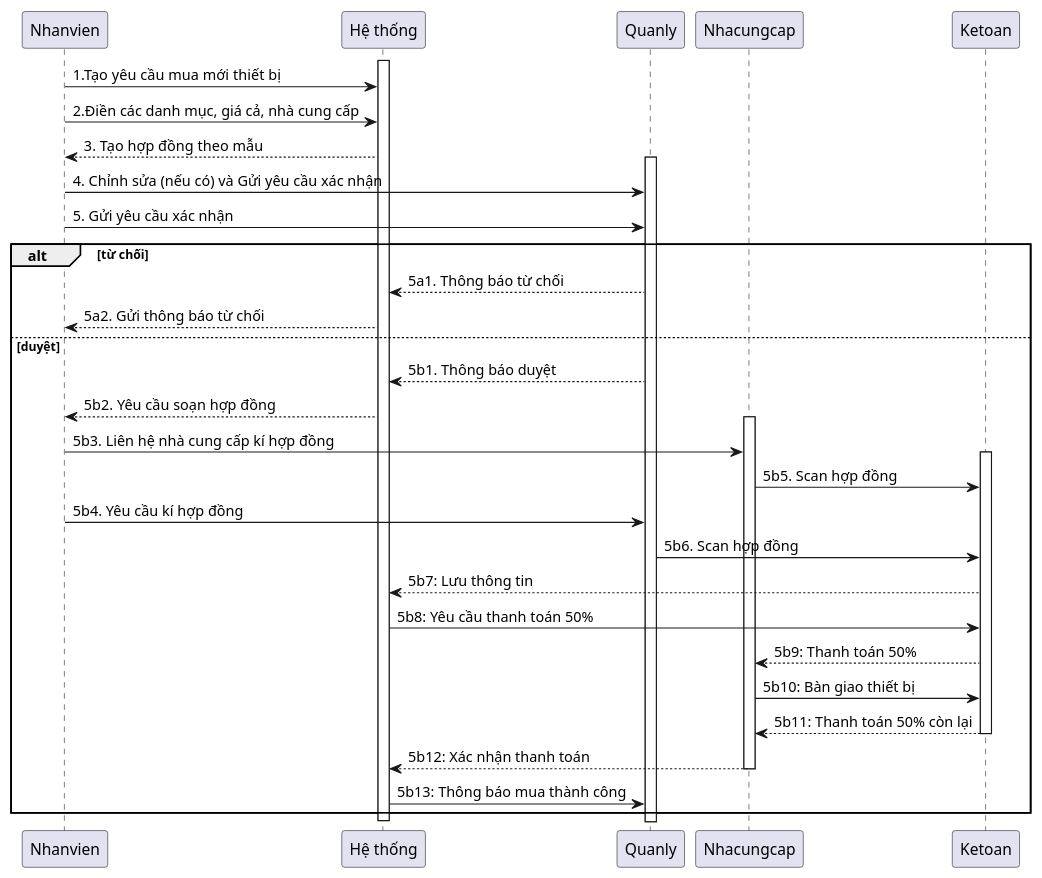
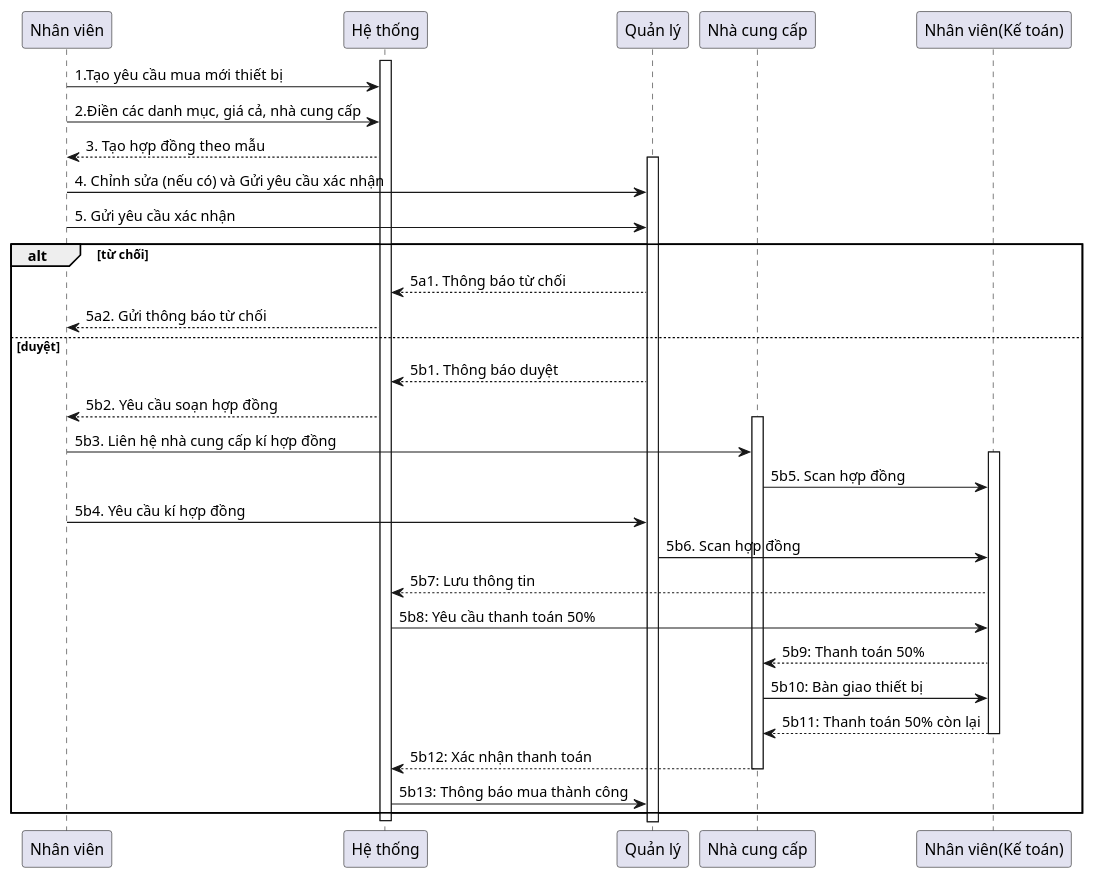
Before and after one commit to QuickyBooster/SE357-Pratice-class: the diagram in Lab1/Lab1.2/Sequence Diagram/Mua tài sản.plantuml, drawn with PlantUML. The commit also changed 7 other files, not shown here.

```diff
--- a/Lab1/Lab1.2/Sequence Diagram/Mua tài sản.plantuml
+++ b/Lab1/Lab1.2/Sequence Diagram/Mua tài sản.plantuml
@@ -1,44 +1,44 @@
 @startuml
 
-participant Nhanvien
+participant "Nhân viên"
 
 
 participant "Hệ thống" as System
-participant Quanly
+participant "Quản lý"
 
-participant Nhacungcap
-participant Ketoan
+participant "Nhà cung cấp"
+participant "Nhân viên(Kế toán)"
 
 
 activate System
-Nhanvien -> System: 1.Tạo yêu cầu mua mới thiết bị
-Nhanvien -> System: 2.Điền các danh mục, giá cả, nhà cung cấp
-System --> Nhanvien: 3. Tạo hợp đồng theo mẫu
-activate Quanly
-Nhanvien -> Quanly: 4. Chỉnh sửa (nếu có) và Gửi yêu cầu xác nhận
-Nhanvien -> Quanly: 5. Gửi yêu cầu xác nhận
+"Nhân viên" -> System: 1.Tạo yêu cầu mua mới thiết bị
+"Nhân viên" -> System: 2.Điền các danh mục, giá cả, nhà cung cấp
+System --> "Nhân viên": 3. Tạo hợp đồng theo mẫu
+activate "Quản lý"
+"Nhân viên" -> "Quản lý": 4. Chỉnh sửa (nếu có) và Gửi yêu cầu xác nhận
+"Nhân viên" -> "Quản lý": 5. Gửi yêu cầu xác nhận
 alt từ chối
-Quanly --> System: 5a1. Thông báo từ chối
-System --> Nhanvien: 5a2. Gửi thông báo từ chối
+"Quản lý" --> System: 5a1. Thông báo từ chối
+System --> "Nhân viên": 5a2. Gửi thông báo từ chối
 else duyệt
-Quanly --> System: 5b1. Thông báo duyệt
-System --> Nhanvien: 5b2. Yêu cầu soạn hợp đồng
-activate Nhacungcap
-Nhanvien -> Nhacungcap: 5b3. Liên hệ nhà cung cấp kí hợp đồng
-activate Ketoan
-Nhacungcap -> Ketoan: 5b5. Scan hợp đồng
-Nhanvien -> Quanly: 5b4. Yêu cầu kí hợp đồng
-Quanly -> Ketoan: 5b6. Scan hợp đồng
-Ketoan --> System: 5b7: Lưu thông tin
-System -> Ketoan: 5b8: Yêu cầu thanh toán 50%
-Ketoan --> Nhacungcap: 5b9: Thanh toán 50%
-Nhacungcap -> Ketoan: 5b10: Bàn giao thiết bị
-Ketoan --> Nhacungcap: 5b11: Thanh toán 50% còn lại
-deactivate Ketoan
-Nhacungcap --> System: 5b12: Xác nhận thanh toán
-deactivate Nhacungcap
-System -> Quanly: 5b13: Thông báo mua thành công
+"Quản lý" --> System: 5b1. Thông báo duyệt
+System --> "Nhân viên": 5b2. Yêu cầu soạn hợp đồng
+activate "Nhà cung cấp"
+"Nhân viên" -> "Nhà cung cấp": 5b3. Liên hệ nhà cung cấp kí hợp đồng
+activate "Nhân viên(Kế toán)"
+"Nhà cung cấp" -> "Nhân viên(Kế toán)": 5b5. Scan hợp đồng
+"Nhân viên" -> "Quản lý": 5b4. Yêu cầu kí hợp đồng
+"Quản lý" -> "Nhân viên(Kế toán)": 5b6. Scan hợp đồng
+"Nhân viên(Kế toán)" --> System: 5b7: Lưu thông tin
+System -> "Nhân viên(Kế toán)": 5b8: Yêu cầu thanh toán 50%
+"Nhân viên(Kế toán)" --> "Nhà cung cấp": 5b9: Thanh toán 50%
+"Nhà cung cấp" -> "Nhân viên(Kế toán)": 5b10: Bàn giao thiết bị
+"Nhân viên(Kế toán)" --> "Nhà cung cấp": 5b11: Thanh toán 50% còn lại
+deactivate "Nhân viên(Kế toán)"
+"Nhà cung cấp" --> System: 5b12: Xác nhận thanh toán
+deactivate "Nhà cung cấp"
+System -> "Quản lý": 5b13: Thông báo mua thành công
 end
 
 deactivate System
 @enduml
```
